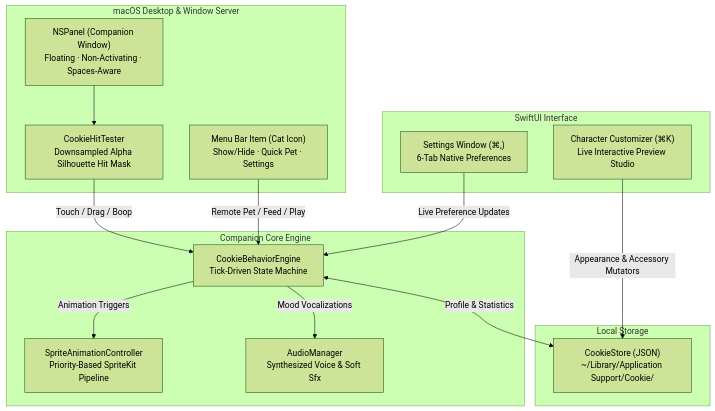
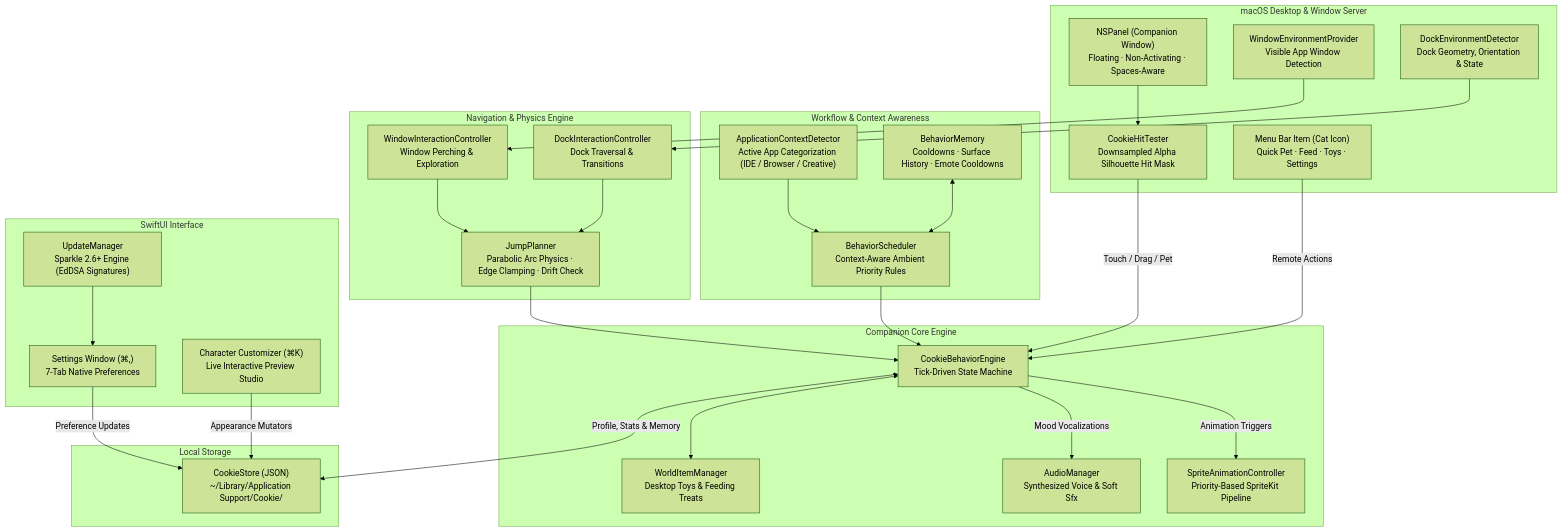
The first of 2 diagrams in README.md (MdKasif0/Cookie), drawn with Mermaid (forest theme) before and after one commit. The commit also changed other lines of this file and 1 other file, not shown here.

````diff
--- a/README.md
+++ b/README.md
@@ -47,32 +54,58 @@
 ```mermaid
 graph TD
     subgraph macOS ["macOS Desktop & Window Server"]
         Panel["NSPanel (Companion Window)<br/>Floating · Non-Activating · Spaces-Aware"]
         Hit["CookieHitTester<br/>Downsampled Alpha Silhouette Hit Mask"]
-        Menu["Menu Bar Item (Cat Icon)<br/>Show/Hide · Quick Pet · Settings"]
+        Menu["Menu Bar Item (Cat Icon)<br/>Quick Pet · Feed · Toys · Settings"]
+        WinEnv["WindowEnvironmentProvider<br/>Visible App Window Detection"]
+        DockDet["DockEnvironmentDetector<br/>Dock Geometry, Orientation & State"]
+    end
+
+    subgraph Context ["Workflow & Context Awareness"]
+        CtxDet["ApplicationContextDetector<br/>Active App Categorization (IDE / Browser / Creative)"]
+        Scheduler["BehaviorScheduler<br/>Context-Aware Ambient Priority Rules"]
+        Memory["BehaviorMemory<br/>Cooldowns · Surface History · Emote Cooldowns"]
+    end
+
+    subgraph Motion ["Navigation & Physics Engine"]
+        Jump["JumpPlanner<br/>Parabolic Arc Physics · Edge Clamping · Drift Check"]
+        WinCtrl["WindowInteractionController<br/>Window Perching & Exploration"]
+        DockCtrl["DockInteractionController<br/>Dock Traversal & Transitions"]
     end
 
     subgraph Core ["Companion Core Engine"]
         Engine["CookieBehaviorEngine<br/>Tick-Driven State Machine"]
         Anim["SpriteAnimationController<br/>Priority-Based SpriteKit Pipeline"]
         Audio["AudioManager<br/>Synthesized Voice & Soft Sfx"]
+        Items["WorldItemManager<br/>Desktop Toys & Feeding Treats"]
     end
 
     subgraph Interface ["SwiftUI Interface"]
-        Settings["Settings Window (⌘,)<br/>6-Tab Native Preferences"]
+        Settings["Settings Window (⌘,)<br/>7-Tab Native Preferences"]
         Customizer["Character Customizer (⌘K)<br/>Live Interactive Preview Studio"]
+        Updater["UpdateManager<br/>Sparkle 2.6+ Engine (EdDSA Signatures)"]
     end
 
     subgraph Storage ["Local Storage"]
         Store["CookieStore (JSON)<br/>~/Library/Application Support/Cookie/"]
     end
 
     Panel --> Hit
-    Hit -->|Touch / Drag / Boop| Engine
+    Hit -->|Touch / Drag / Pet| Engine
+    WinEnv --> WinCtrl
+    DockDet --> DockCtrl
+    WinCtrl --> Jump
+    DockCtrl --> Jump
+    Jump --> Engine
+    CtxDet --> Scheduler
+    Scheduler --> Engine
+    Memory <--> Scheduler
     Engine -->|Animation Triggers| Anim
     Engine -->|Mood Vocalizations| Audio
-    Menu -->|Remote Pet / Feed / Play| Engine
-    Settings -->|Live Preference Updates| Engine
-    Customizer -->|Appearance & Accessory Mutators| Store
-    Engine <-->|Profile & Statistics| Store
+    Engine <--> Items
+    Menu -->|Remote Actions| Engine
+    Settings -->|Preference Updates| Store
+    Customizer -->|Appearance Mutators| Store
+    Engine <-->|Profile, Stats & Memory| Store
+    Updater --> Settings
 ```
````
